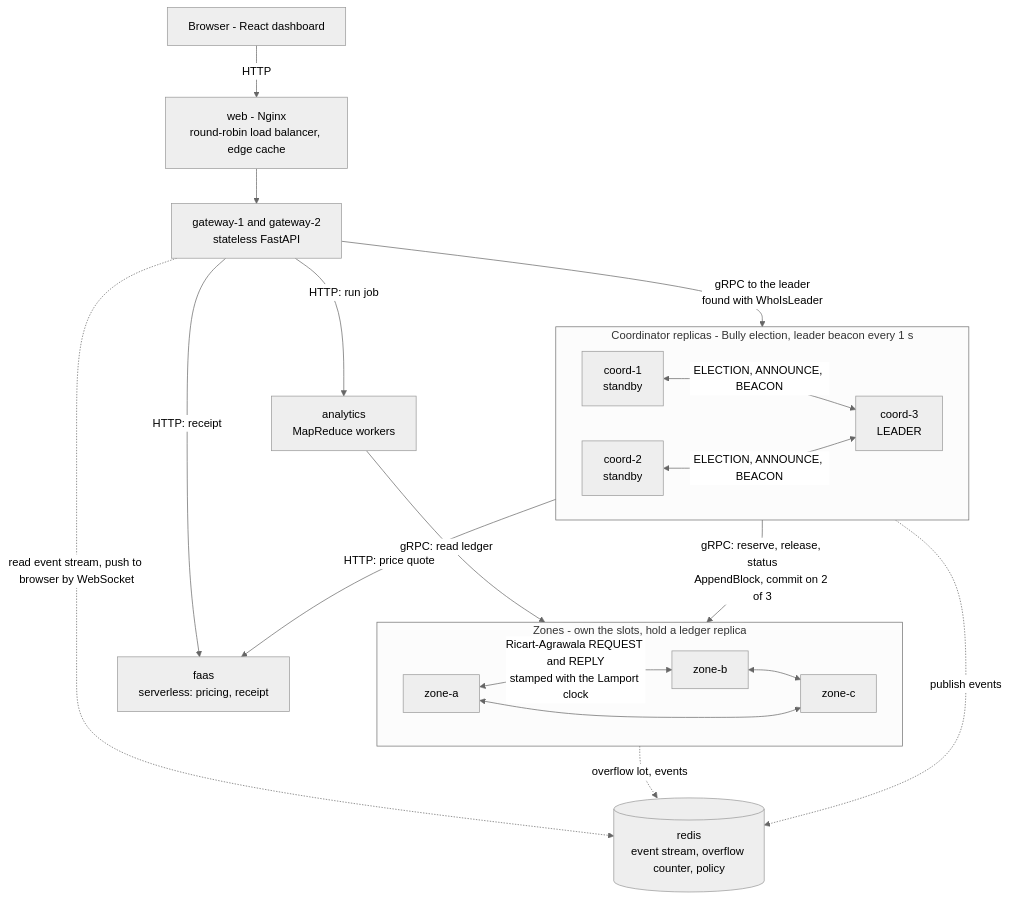
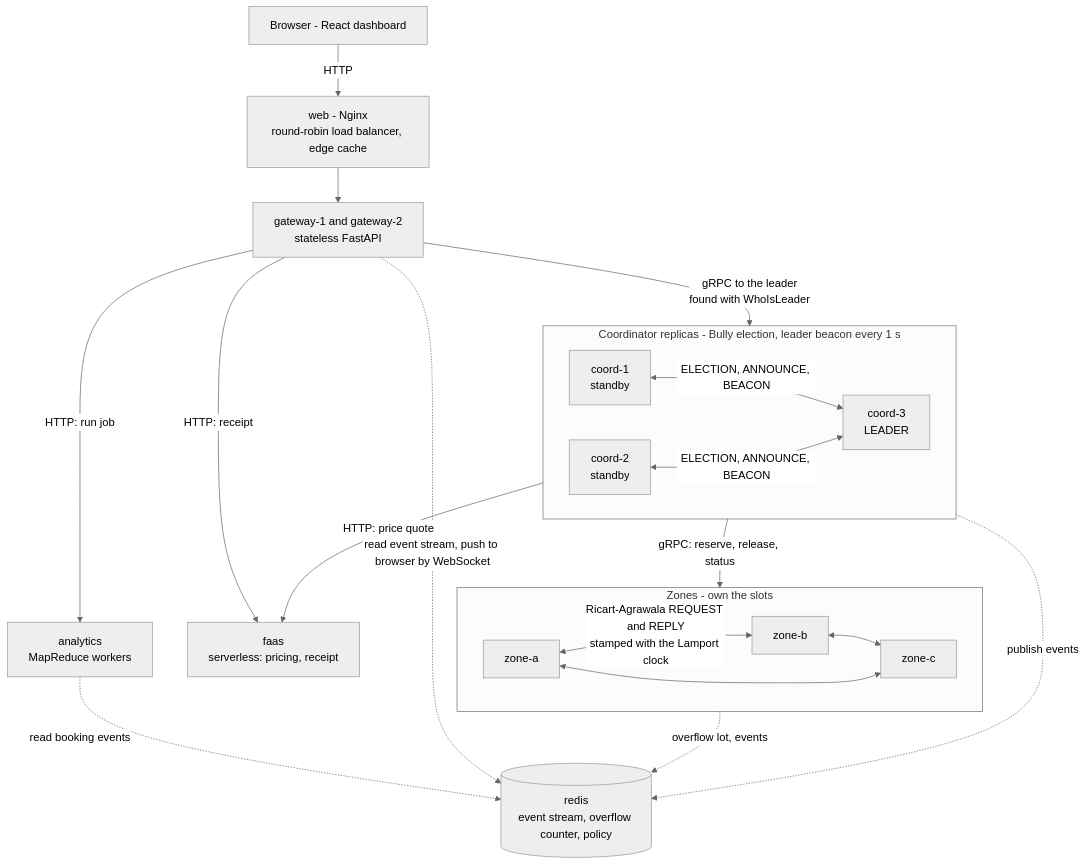
The first of 2 diagrams in docs/FA2_ARCHITECTURE.md (ommundada16/distributed-smart-campus-parking), drawn with Mermaid (neutral theme) before and after one commit. The commit also changed other lines of this file and 23 other files, not shown here.

````diff
--- a/docs/FA2_ARCHITECTURE.md
+++ b/docs/FA2_ARCHITECTURE.md
@@ -18,41 +17,41 @@
 ```mermaid
 flowchart TB
     browser["Browser - React dashboard"]
     web["web - Nginx<br/>round-robin load balancer, edge cache"]
     gw["gateway-1 and gateway-2<br/>stateless FastAPI"]
 
     subgraph coord["Coordinator replicas - Bully election, leader beacon every 1 s"]
         direction LR
         c1["coord-1<br/>standby"]
         c2["coord-2<br/>standby"]
         c3["coord-3<br/>LEADER"]
     end
 
-    subgraph zones["Zones - own the slots, hold a ledger replica"]
+    subgraph zones["Zones - own the slots"]
         direction LR
         za["zone-a"]
         zb["zone-b"]
         zc["zone-c"]
     end
 
     faas["faas<br/>serverless: pricing, receipt"]
     ana["analytics<br/>MapReduce workers"]
     redis[("redis<br/>event stream, overflow counter, policy")]
 
     browser -->|"HTTP"| web
     web --> gw
     gw -->|"gRPC to the leader<br/>found with WhoIsLeader"| c3
     c1 <-->|"ELECTION, ANNOUNCE, BEACON"| c3
     c2 <-->|"ELECTION, ANNOUNCE, BEACON"| c3
-    c3 -->|"gRPC: reserve, release, status<br/>AppendBlock, commit on 2 of 3"| zb
+    c3 -->|"gRPC: reserve, release, status"| zb
     za <-->|"Ricart-Agrawala REQUEST and REPLY<br/>stamped with the Lamport clock"| zb
     zb <--> zc
     za <--> zc
     c3 -->|"HTTP: price quote"| faas
     gw -->|"HTTP: receipt"| faas
     gw -->|"HTTP: run job"| ana
-    ana -->|"gRPC: read ledger"| zb
+    ana -.->|"read booking events"| redis
     c3 -.->|"publish events"| redis
     zb -.->|"overflow lot, events"| redis
     gw -.->|"read event stream, push to browser by WebSocket"| redis
 ```
````
